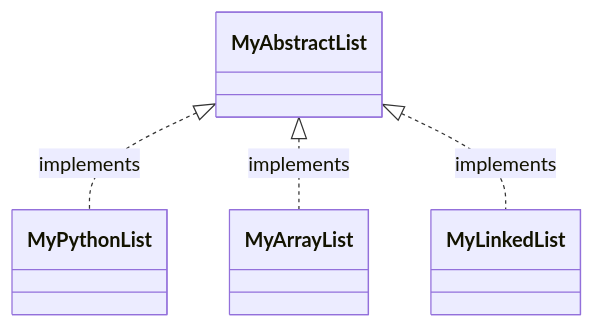
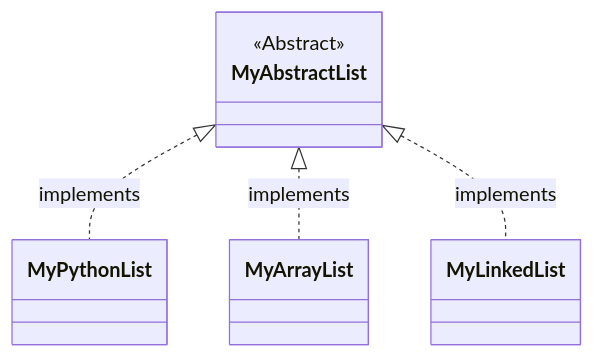
The first of 2 diagrams in docs/05-inheritance-graph/abc.md (iamanigeeit/DDW2023), drawn with Mermaid before and after one commit. The commit also changed other lines of this file and 1 other file, not shown here.

````diff
--- a/docs/05-inheritance-graph/abc.md
+++ b/docs/05-inheritance-graph/abc.md
@@ -110,6 +110,8 @@
 ```mermaid
 classDiagram
+    class MyAbstractList
+    <<Abstract>> MyAbstractList
     MyAbstractList <|.. MyPythonList : implements
     MyAbstractList <|.. MyArrayList  : implements
     MyAbstractList <|.. MyLinkedList  : implements
 ```
````
